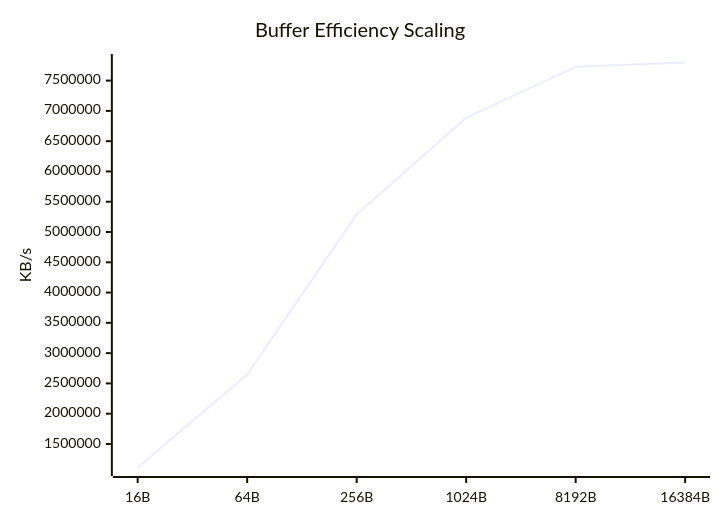
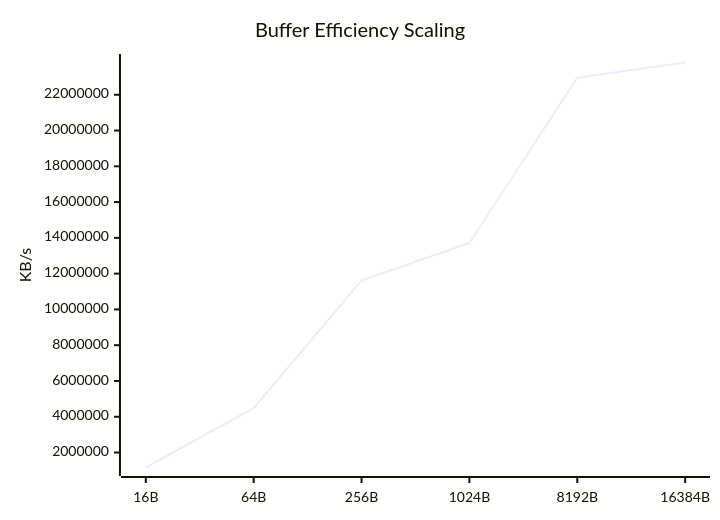
Before and after one commit to taha2samy/openssl_fips: the eighth of 9 diagrams in docs/Comparison_Report.md, drawn with Mermaid. The commit also changed other lines of this file and 2 other files, not shown here.

````diff
--- a/docs/Comparison_Report.md
+++ b/docs/Comparison_Report.md
@@ -118,7 +118,7 @@
 ```mermaid
 xychart-beta
     title "Buffer Efficiency Scaling"
     x-axis [16B, 64B, 256B, 1024B, 8192B, 16384B]
     y-axis "KB/s"
-    line [1111518.3, 2645191.1, 5289182.98, 6887053.31, 7729778.69, 7799152.64]
+    line [1162987.49, 4478728.16, 11618178.43, 13710525.95, 22954299.39, 23803019.26]
 ```
````
